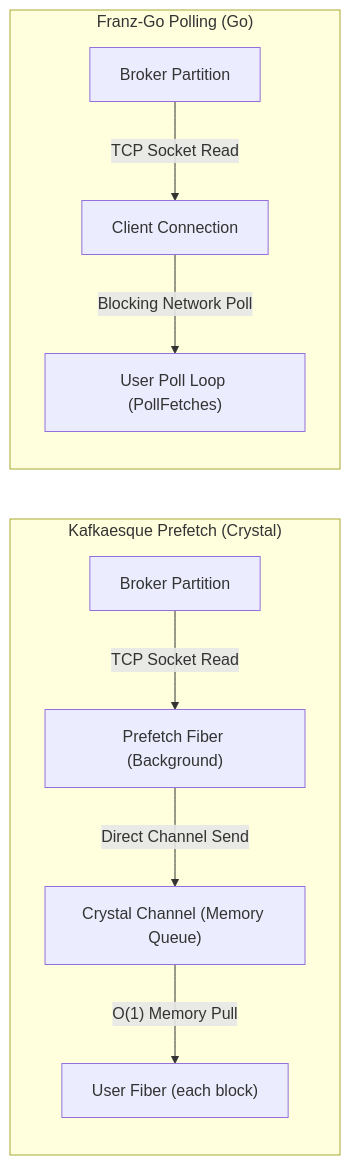
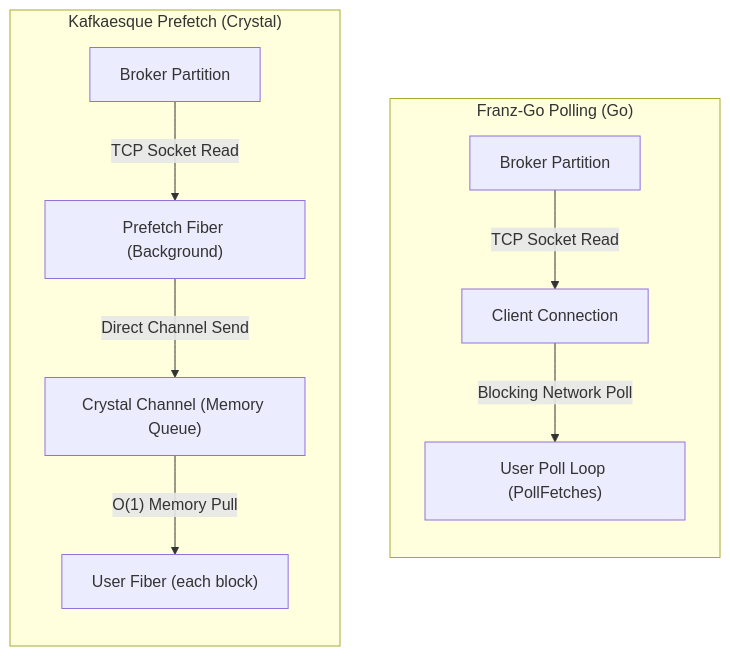
The diagram in readme.md (eltony81/kafkaesque), drawn with Mermaid before and after one commit.

Commit message:
docs: add invisible horizontal layout constraint to mermaid subgraphs in readme.md

````diff
--- a/readme.md
+++ b/readme.md
@@ -880,15 +880,17 @@
 ```mermaid
 graph LR
     subgraph "Kafkaesque Prefetch (Crystal)"
         direction TB
         K_Broker[Broker Partition] -->|TCP Socket Read| K_Prefetch["Prefetch Fiber (Background)"]
         K_Prefetch -->|Direct Channel Send| K_Channel["Crystal Channel (Memory Queue)"]
         K_Channel -->|"O(1) Memory Pull"| K_User["User Fiber (each block)"]
     end
 
     subgraph "Franz-Go Polling (Go)"
         direction TB
         G_Broker[Broker Partition] -->|TCP Socket Read| G_Client[Client Connection]
         G_Client -->|Blocking Network Poll| G_User["User Poll Loop (PollFetches)"]
     end
+
+    K_Broker ~~~ G_Broker
 ```
````
